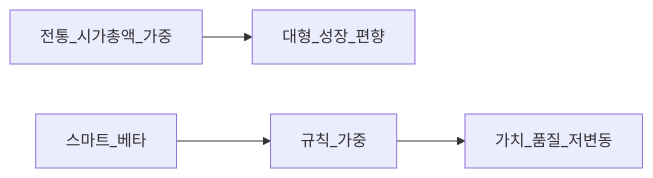
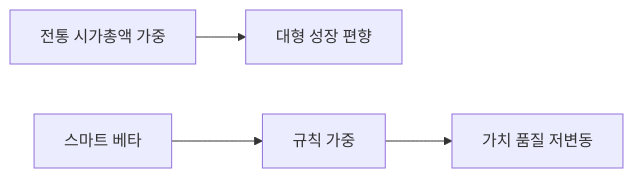
The second of 2 diagrams in 08-advanced/factor-investing-fama-french.md (goldanghenry/Finances), drawn with Mermaid before and after one commit. The commit also changed other lines of this file and 211 other files, not shown here.

````diff
--- a/08-advanced/factor-investing-fama-french.md
+++ b/08-advanced/factor-investing-fama-french.md
@@ -173,6 +197,6 @@
 ```mermaid
 flowchart LR
-  Idx[전통_시가총액_가중] --> CapW[대형_성장_편향]
-  Smart[스마트_베타] --> Rule[규칙_가중]
-  Rule --> Fac[가치_품질_저변동]
+  Idx["전통 시가총액 가중"] --> CapW["대형 성장 편향"]
+  Smart["스마트 베타"] --> Rule["규칙 가중"]
+  Rule --> Fac["가치 품질 저변동"]
 ```
````
